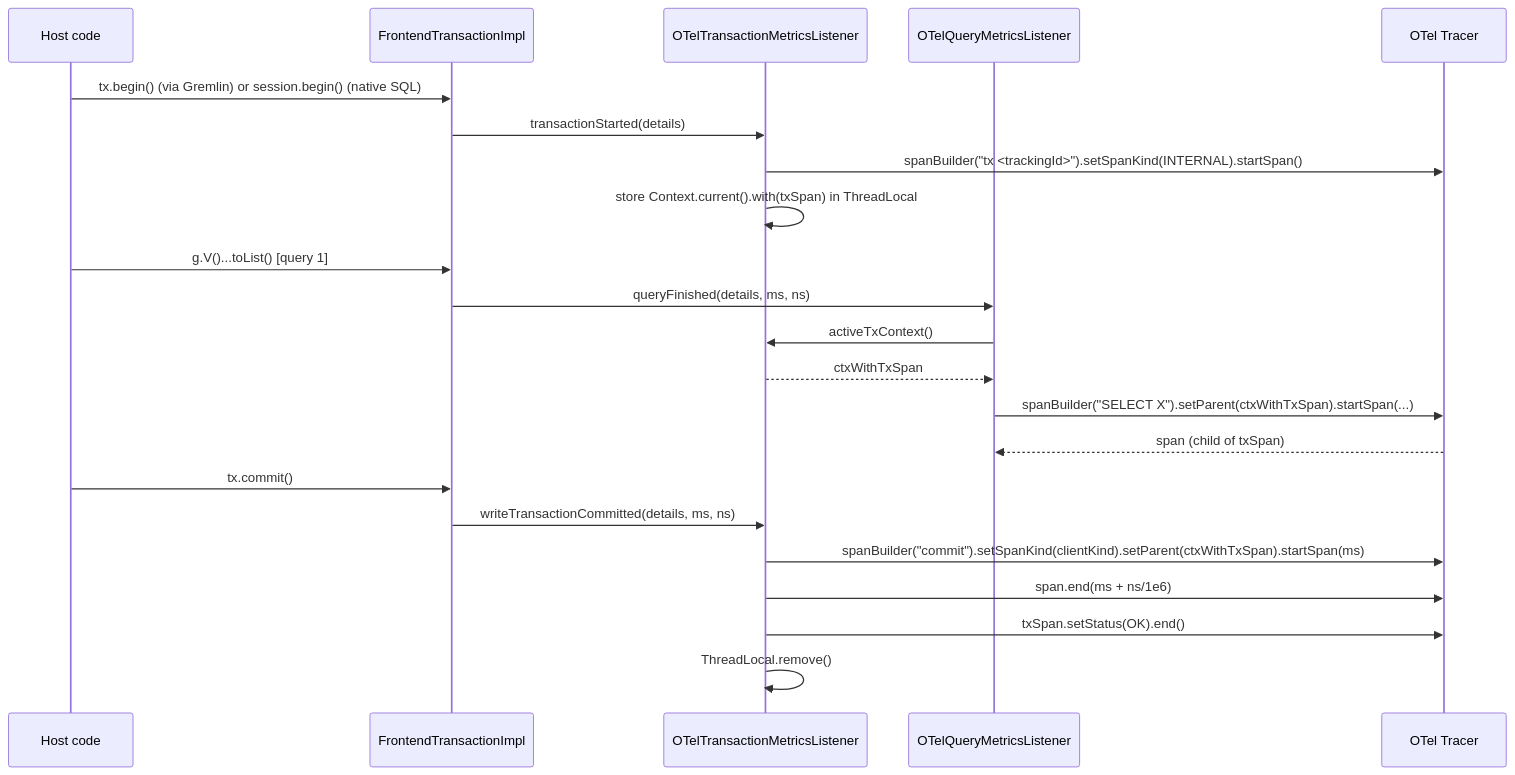
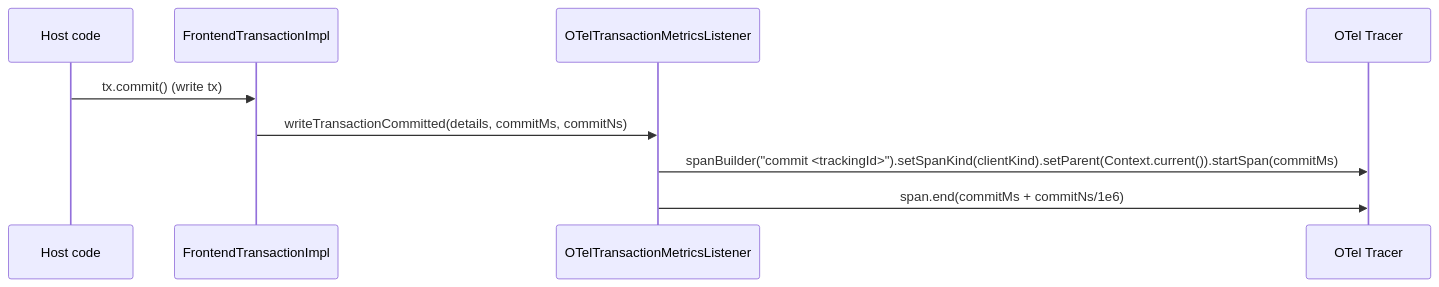
The third of 4 diagrams in docs/adr/ytdb-496-opentelemetry-support/_workflow/design.md (JetBrains/youtrackdb), drawn with Mermaid before and after one commit. The commit also changed other lines of this file and 2 other files, not shown here.

Commit message:
Mutations 26-29 ytdb-496: drop TX-lifetime, slow-query threshold, withTrackingId, reverse D7

````diff
--- a/docs/adr/ytdb-496-opentelemetry-support/_workflow/design.md
+++ b/docs/adr/ytdb-496-opentelemetry-support/_workflow/design.md
@@ -212,25 +233,12 @@
 ```mermaid
 sequenceDiagram
     participant Host as Host code
     participant TX as FrontendTransactionImpl
     participant OTL as OTelTransactionMetricsListener
-    participant OQL as OTelQueryMetricsListener
     participant TR as OTel Tracer
 
-    Host->>TX: tx.begin() (via Gremlin) or session.begin() (native SQL)
-    TX->>OTL: transactionStarted(details)
-    OTL->>TR: spanBuilder("tx <trackingId>").setSpanKind(INTERNAL).startSpan()
-    OTL->>OTL: store Context.current().with(txSpan) in ThreadLocal
-    Host->>TX: g.V()...toList()  [query 1]
-    TX->>OQL: queryFinished(details, ms, ns)
-    OQL->>OTL: activeTxContext()
-    OTL-->>OQL: ctxWithTxSpan
-    OQL->>TR: spanBuilder("SELECT X").setParent(ctxWithTxSpan).startSpan(...)
-    TR-->>OQL: span (child of txSpan)
-    Host->>TX: tx.commit()
-    TX->>OTL: writeTransactionCommitted(details, ms, ns)
-    OTL->>TR: spanBuilder("commit").setSpanKind(clientKind).setParent(ctxWithTxSpan).startSpan(ms)
-    OTL->>TR: span.end(ms + ns/1e6)
-    OTL->>TR: txSpan.setStatus(OK).end()
-    OTL->>OTL: ThreadLocal.remove()
+    Host->>TX: tx.commit() (write tx)
+    TX->>OTL: writeTransactionCommitted(details, commitMs, commitNs)
+    OTL->>TR: spanBuilder("commit <trackingId>").setSpanKind(clientKind).setParent(Context.current()).startSpan(commitMs)
+    OTL->>TR: span.end(commitMs + commitNs/1e6)
 ```
````
